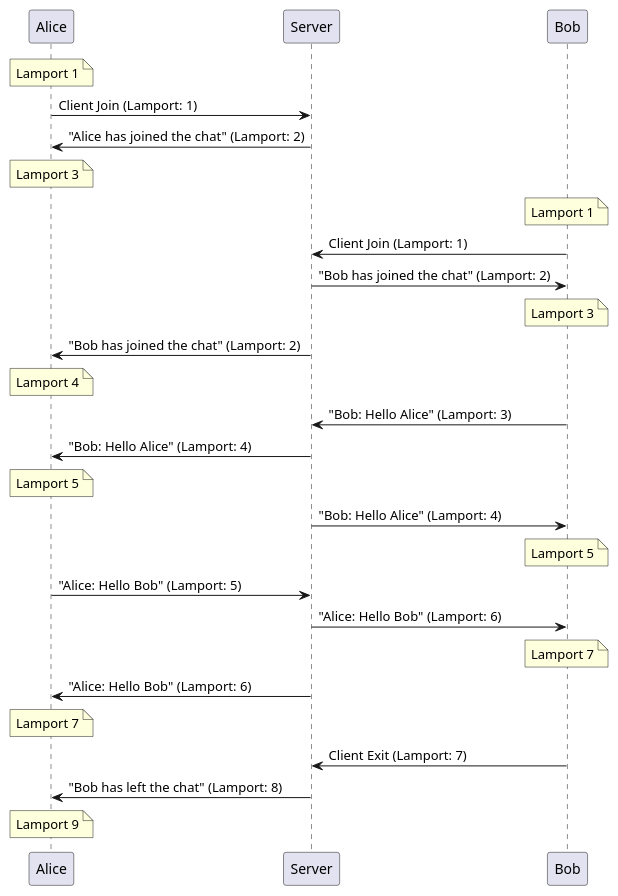
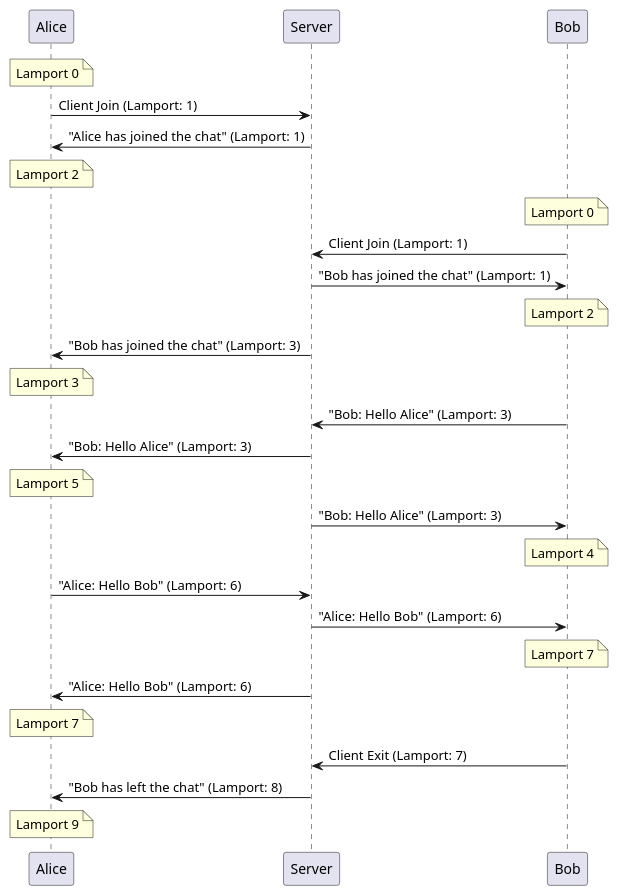
The diagram in docs/diagram.puml (silasbue/A3-DS), drawn with PlantUML before and after one commit.

Commit message:
changed diagram

```diff
--- a/docs/diagram.puml
+++ b/docs/diagram.puml
@@ -1,34 +1,34 @@
 @startuml
-note over Alice : Lamport 1
+note over Alice : Lamport 0
 Alice -> Server: Client Join (Lamport: 1)
-Server -> Alice: "Alice has joined the chat" (Lamport: 2)
+Server -> Alice: "Alice has joined the chat" (Lamport: 1)
+note over Alice : Lamport 2
+
+note over Bob : Lamport 0
+Bob -> Server: Client Join (Lamport: 1)
+Server -> Bob: "Bob has joined the chat" (Lamport: 1)
+note over Bob : Lamport 2
+
+Server -> Alice: "Bob has joined the chat" (Lamport: 3)
 note over Alice : Lamport 3
-
-note over Bob : Lamport 1
-Bob -> Server: Client Join (Lamport: 1)
-Server -> Bob: "Bob has joined the chat" (Lamport: 2)
-note over Bob : Lamport 3
-
-Server -> Alice: "Bob has joined the chat" (Lamport: 2)
-note over Alice : Lamport 4
 
 Bob -> Server: "Bob: Hello Alice" (Lamport: 3)
 
-Server -> Alice: "Bob: Hello Alice" (Lamport: 4)
+Server -> Alice: "Bob: Hello Alice" (Lamport: 3)
 note over Alice : Lamport 5
 
-Server -> Bob: "Bob: Hello Alice" (Lamport: 4)
-note over Bob : Lamport 5
+Server -> Bob: "Bob: Hello Alice" (Lamport: 3)
+note over Bob : Lamport 4
 
-Alice -> Server: "Alice: Hello Bob" (Lamport: 5)
+Alice -> Server: "Alice: Hello Bob" (Lamport: 6)
 Server -> Bob: "Alice: Hello Bob" (Lamport: 6)
 note over Bob : Lamport 7
 
 Server -> Alice: "Alice: Hello Bob" (Lamport: 6)
 note over Alice : Lamport 7
 
 Bob -> Server: Client Exit (Lamport: 7)
 Server -> Alice: "Bob has left the chat" (Lamport: 8)
 note over Alice : Lamport 9
 
 @enduml
```
